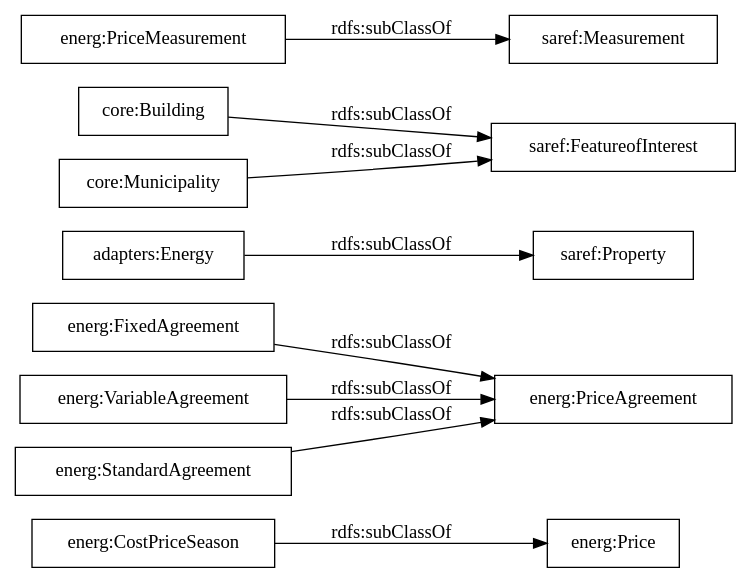
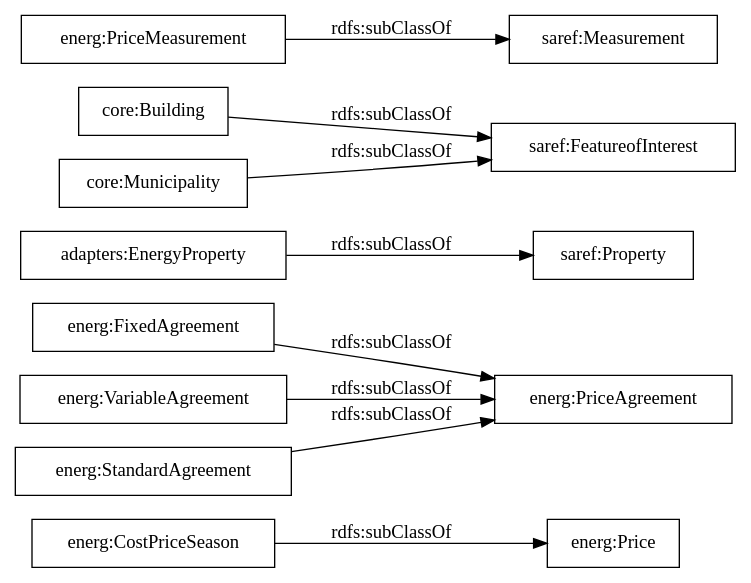
One commit to oeg-upm/auroral-energy-ontology changed the diagram in OnToology/ontology/energy.ttl/diagrams/ar2dtool-taxonomy/energy.ttl.png.dot. Above: the diagram before and after it, drawn with Graphviz. The commit also changed 12 other files, not shown here.

```diff
--- a/OnToology/ontology/energy.ttl/diagrams/ar2dtool-taxonomy/energy.ttl.png.dot
+++ b/OnToology/ontology/energy.ttl/diagrams/ar2dtool-taxonomy/energy.ttl.png.dot
@@ -1,14 +1,14 @@
 digraph ar2dtool_diagram { 
 rankdir=LR;
 size="1000"
-node [shape = rectangle, color="black"]; "energ:CostPriceSeason" "energ:FixedAgreement" "energ:PriceAgreement" "saref:Property" "energ:VariableAgreement" "energ:Price" "core:Building" "core:Municipality" "saref:FeatureofInterest" "saref:Measurement" "adapters:Energy" "energ:PriceMeasurement" "energ:StandardAgreement" ; /*classes style*/
+node [shape = rectangle, color="black"]; "energ:CostPriceSeason" "energ:FixedAgreement" "energ:PriceAgreement" "saref:Property" "energ:VariableAgreement" "energ:Price" "adapters:EnergyProperty" "core:Building" "core:Municipality" "saref:FeatureofInterest" "saref:Measurement" "energ:PriceMeasurement" "energ:StandardAgreement" ; /*classes style*/
 	"core:Building" -> "saref:FeatureofInterest" [ label = "rdfs:subClassOf" ];
 	"energ:FixedAgreement" -> "energ:PriceAgreement" [ label = "rdfs:subClassOf" ];
 	"energ:VariableAgreement" -> "energ:PriceAgreement" [ label = "rdfs:subClassOf" ];
 	"core:Municipality" -> "saref:FeatureofInterest" [ label = "rdfs:subClassOf" ];
+	"adapters:EnergyProperty" -> "saref:Property" [ label = "rdfs:subClassOf" ];
 	"energ:StandardAgreement" -> "energ:PriceAgreement" [ label = "rdfs:subClassOf" ];
 	"energ:PriceMeasurement" -> "saref:Measurement" [ label = "rdfs:subClassOf" ];
 	"energ:CostPriceSeason" -> "energ:Price" [ label = "rdfs:subClassOf" ];
-	"adapters:Energy" -> "saref:Property" [ label = "rdfs:subClassOf" ];
 
 }
```
